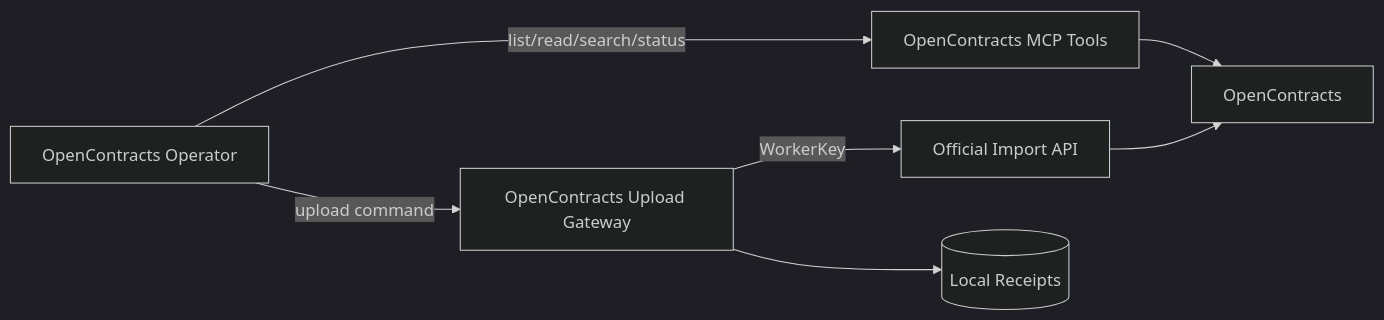
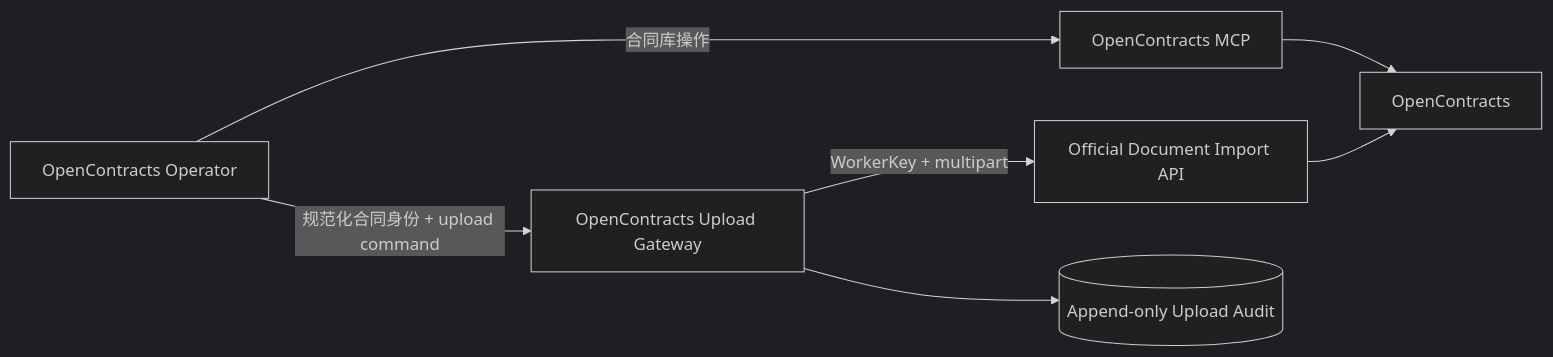
Before and after one commit to Ri0n72Y/ContractBotConfig: the first of 3 diagrams in docs/architecture/opencontracts-integration.md, drawn with Mermaid (dark theme). The commit also changed other lines of this file and 43 other files, not shown here.

First line of the commit message:
Phase 2-A: move OpenContracts reads to MCP and split upload gateway (#3)

````diff
--- a/docs/architecture/opencontracts-integration.md
+++ b/docs/architecture/opencontracts-integration.md
@@ -7,16 +7,16 @@
 ```mermaid
 flowchart LR
     Operator[OpenContracts Operator]
-    MCP[OpenContracts MCP Tools]
+    MCP[OpenContracts MCP]
     Gateway[OpenContracts Upload Gateway]
-    ImportAPI[Official Import API]
+    ImportAPI[Official Document Import API]
     OC[OpenContracts]
-    Receipt[(Local Receipts)]
+    Receipt[(Append-only Upload Audit)]
 
-    Operator -->|list/read/search/status| MCP
+    Operator -->|合同库操作| MCP
     MCP --> OC
-    Operator -->|upload command| Gateway
-    Gateway -->|WorkerKey| ImportAPI
+    Operator -->|规范化合同身份 + upload command| Gateway
+    Gateway -->|WorkerKey + multipart| ImportAPI
     ImportAPI --> OC
     Gateway --> Receipt
 ```
````
